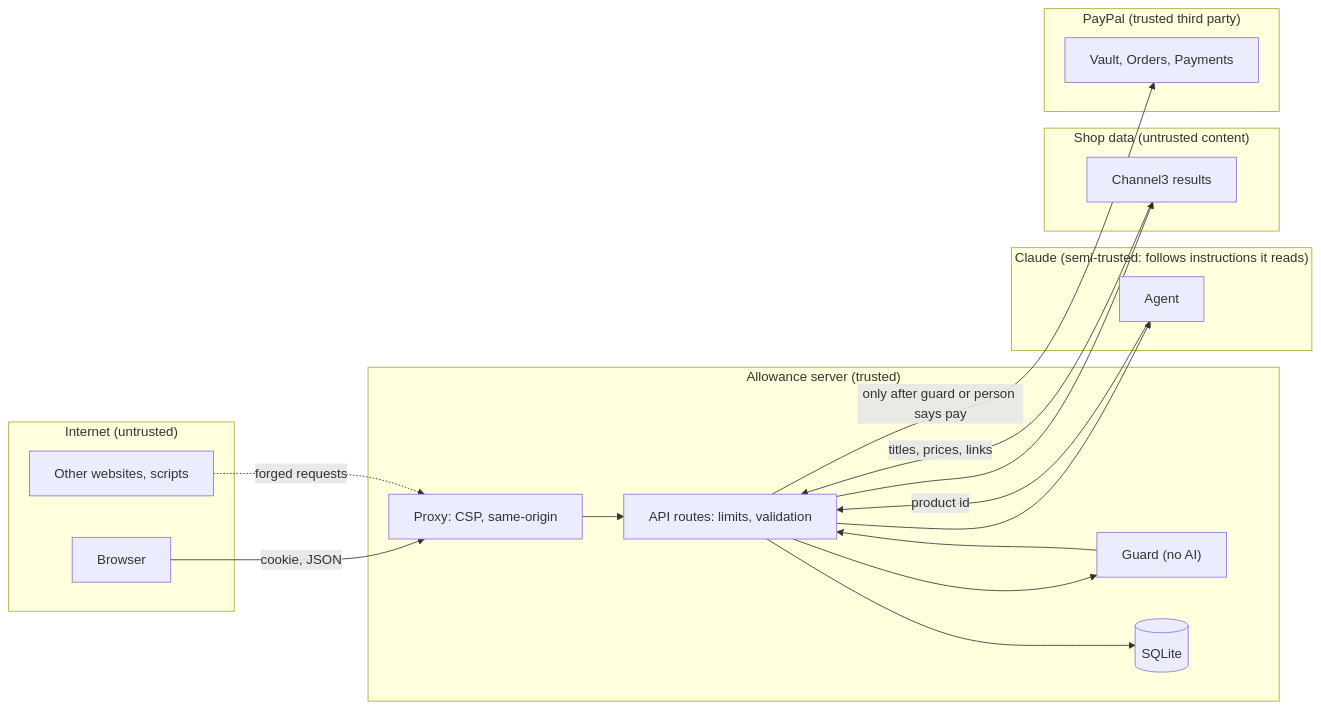
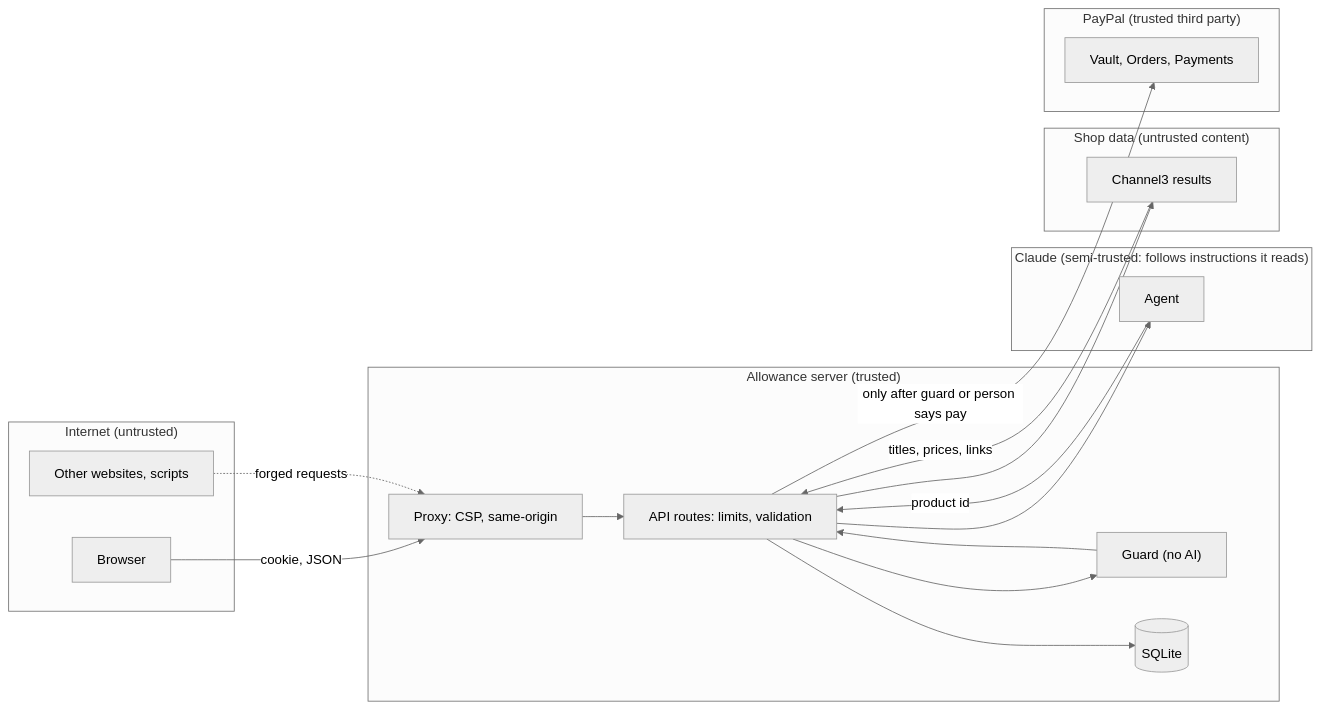
Before and after one commit to bornBrian/allowance: the diagram in docs/security.md, drawn with Mermaid. The commit also changed 2 other files, not shown here.

Commit message:
docs: neutral diagram theme

````diff
--- a/docs/security.md
+++ b/docs/security.md
@@ -27,32 +27,33 @@
 ```mermaid
+%%{init: {"theme": "neutral"}}%%
 flowchart LR
     subgraph internet ["Internet (untrusted)"]
         browser["Browser"]
         attacker["Other websites, scripts"]
     end
     subgraph server ["Allowance server (trusted)"]
         proxy["Proxy: CSP, same-origin"]
         api["API routes: limits, validation"]
         guard["Guard (no AI)"]
         db[("SQLite")]
     end
     subgraph model ["Claude (semi-trusted: follows instructions it reads)"]
         agent["Agent"]
     end
     subgraph shops ["Shop data (untrusted content)"]
         c3["Channel3 results"]
     end
     subgraph pay ["PayPal (trusted third party)"]
         paypal["Vault, Orders, Payments"]
     end
     browser -->|"cookie, JSON"| proxy --> api
     attacker -.->|"forged requests"| proxy
     api --> agent
     agent -->|"product id"| api
     api --> c3
     c3 -->|"titles, prices, links"| api
     api --> guard
     guard --> api
     api -->|"only after guard or person says pay"| paypal
     api --> db
 ```
````
